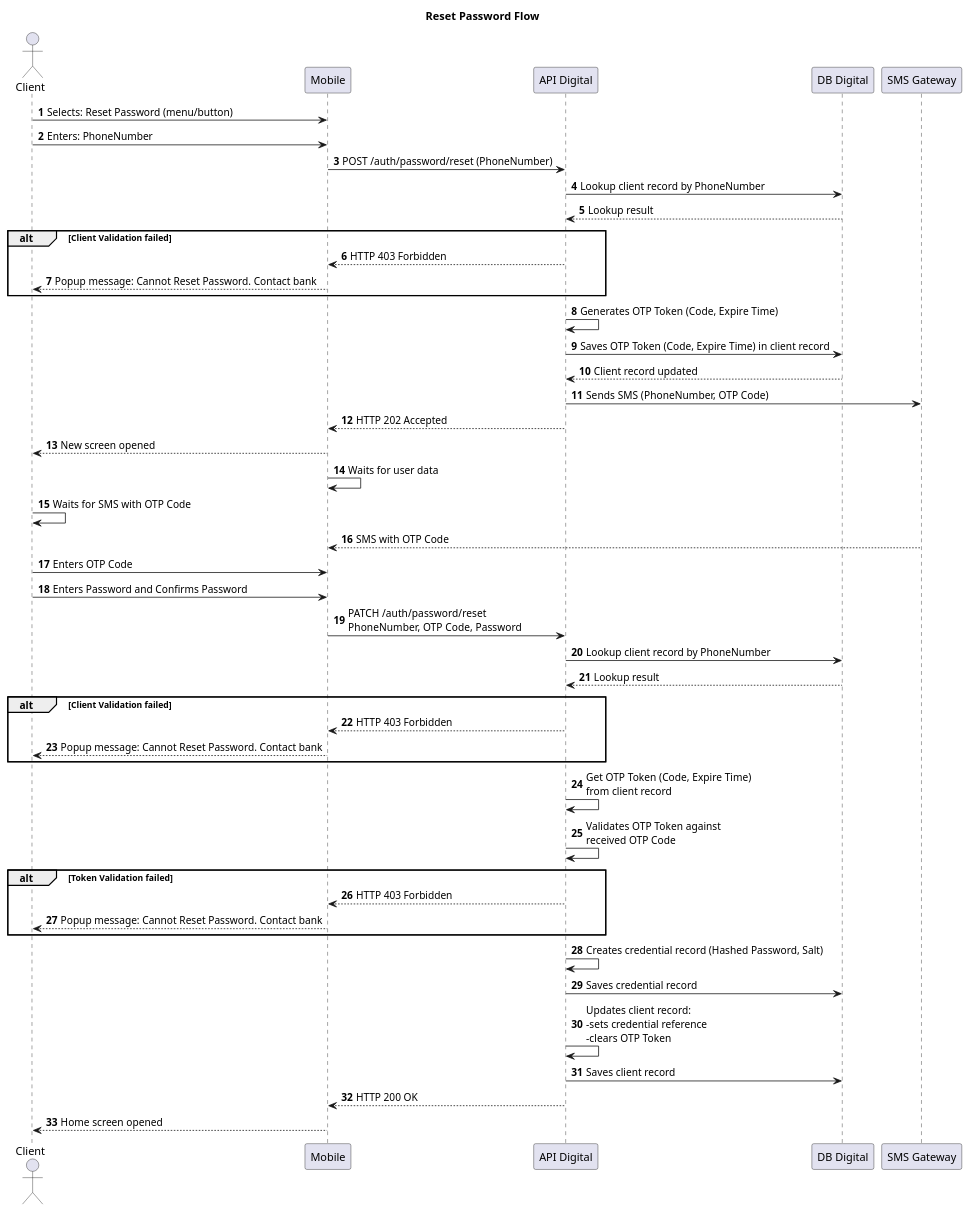
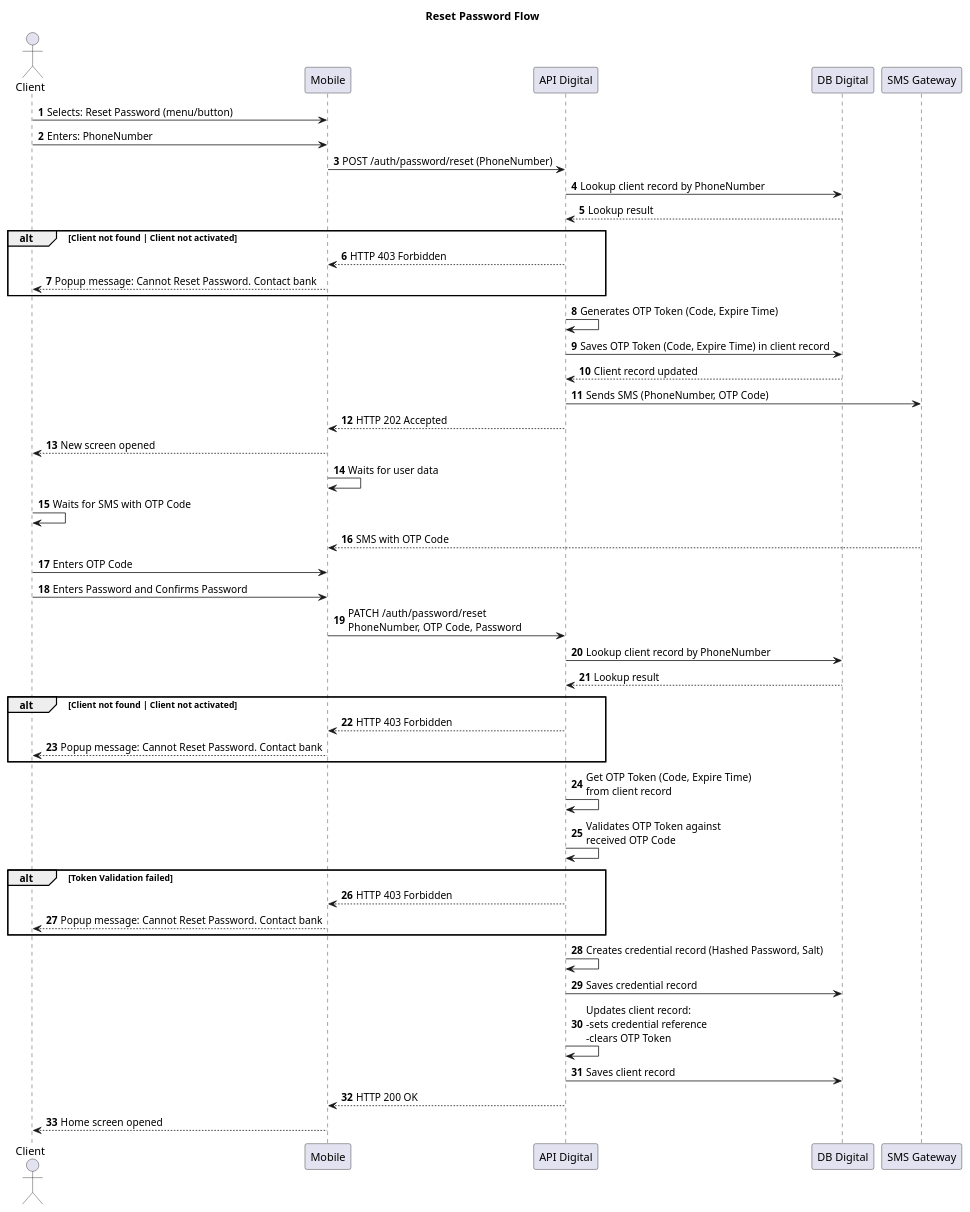
Before and after one commit to vvtomash/htbs: the diagram in fintech-auth/diagrams/Password.puml, drawn with PlantUML. The commit also changed 3 other files, not shown here.

Commit message:
Regular commit. Diagrams updated

```diff
--- a/fintech-auth/diagrams/Password.puml
+++ b/fintech-auth/diagrams/Password.puml
@@ -1,51 +1,52 @@
 @startuml
 title: Reset Password Flow
+'skinparam dpi 300
 autonumber
 
 actor Client as user
 participant Mobile as mob
 participant "API Digital" as api
 participant "DB Digital" as dbd
 participant "SMS Gateway" as sms
 
 user -> mob: Selects: Reset Password (menu/button)
 user -> mob: Enters: PhoneNumber
 mob -> api: POST /auth/password/reset (PhoneNumber)
 api -> dbd: Lookup client record by PhoneNumber
 api <-- dbd: Lookup result
-alt Client Validation failed
+alt Client not found | Client not activated
     mob <-- api: HTTP 403 Forbidden
     user <-- mob: Popup message: Cannot Reset Password. Contact bank
 end
 api -> api: Generates OTP Token (Code, Expire Time)
 api -> dbd: Saves OTP Token (Code, Expire Time) in client record
 api <-- dbd: Client record updated
 api -> sms: Sends SMS (PhoneNumber, OTP Code)
 mob  <-- api: HTTP 202 Accepted
 user <-- mob: New screen opened
 mob -> mob: Waits for user data
 user -> user: Waits for SMS with OTP Code
 mob <-- sms: SMS with OTP Code
 user -> mob: Enters OTP Code
 user -> mob: Enters Password and Confirms Password
 mob -> api: PATCH /auth/password/reset \nPhoneNumber, OTP Code, Password
 api -> dbd: Lookup client record by PhoneNumber
 api <-- dbd: Lookup result
-alt Client Validation failed
+alt Client not found | Client not activated
     mob <-- api: HTTP 403 Forbidden
     user <-- mob: Popup message: Cannot Reset Password. Contact bank
 end
 api -> api: Get OTP Token (Code, Expire Time)\nfrom client record
 api -> api: Validates OTP Token against\nreceived OTP Code
 alt Token Validation failed
     mob <-- api: HTTP 403 Forbidden
     user <-- mob: Popup message: Cannot Reset Password. Contact bank
 end
 api -> api: Creates credential record (Hashed Password, Salt)
 api -> dbd: Saves credential record
 api -> api: Updates client record:\n-sets credential reference\n-clears OTP Token
 api -> dbd: Saves client record
 mob <-- api: HTTP 200 OK
 user <-- mob: Home screen opened
 
 @enduml
```
